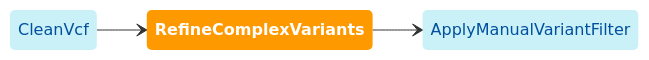
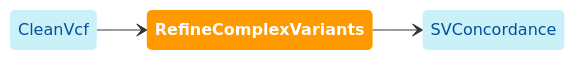
The diagram in website/docs/modules/refine_cpx.md (broadinstitute/gatk-sv), drawn with Mermaid before and after one commit. The commit also changed 16 other files, not shown here.

````diff
--- a/website/docs/modules/refine_cpx.md
+++ b/website/docs/modules/refine_cpx.md
@@ -16,20 +16,20 @@
 ```mermaid
 
 stateDiagram
   direction LR
   
   classDef inModules stroke-width:0px,fill:#caf0f8,color:#00509d
   classDef thisModule font-weight:bold,stroke-width:0px,fill:#ff9900,color:white
   classDef outModules stroke-width:0px,fill:#caf0f8,color:#00509d
 
   cvcf: CleanVcf
   refcv: RefineComplexVariants
-  amvf: ApplyManualVariantFilter
+  svc: SVConcordance
   
   cvcf --> refcv
-  refcv --> amvf
+  refcv --> svc
   
   class refcv thisModule
   class cvcf inModules
-  class amvf outModules
+  class svc outModules
 ```
````
